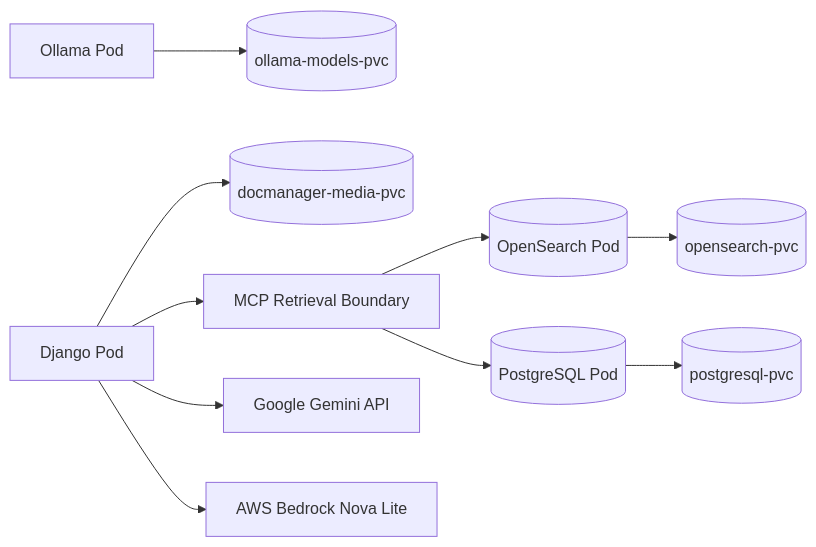
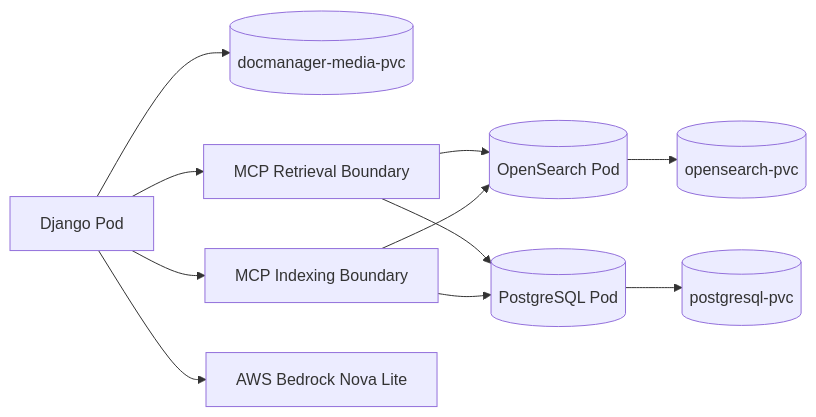
One commit to khaliqueaws-creator/document-management changed the third of 3 diagrams in docs/deployment.md. Above: the diagram before and after it, drawn with Mermaid. The commit also changed other lines of this file and 6 other files, not shown here.

Commit message:
Align docs with MCP architecture

````diff
--- a/docs/deployment.md
+++ b/docs/deployment.md
@@ -238,12 +226,13 @@
 ```mermaid
 flowchart LR
     PostgreSQL[(PostgreSQL Pod)] --> DBPVC[(postgresql-pvc)]
     OpenSearch[(OpenSearch Pod)] --> SearchPVC[(opensearch-pvc)]
     Django[Django Pod] --> MediaPVC[(docmanager-media-pvc)]
-    Ollama[Ollama Pod] --> ModelPVC[(ollama-models-pvc)]
     Django --> MCP[MCP Retrieval Boundary]
+    Django --> MCPIndex[MCP Indexing Boundary]
     MCP --> OpenSearch
     MCP --> PostgreSQL
-    Django --> Gemini[Google Gemini API]
+    MCPIndex --> OpenSearch
+    MCPIndex --> PostgreSQL
     Django --> Bedrock[AWS Bedrock Nova Lite]
 ```
````
